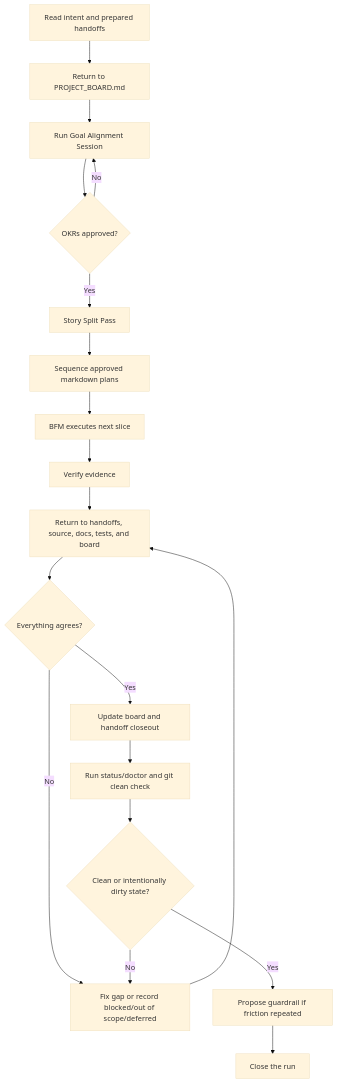
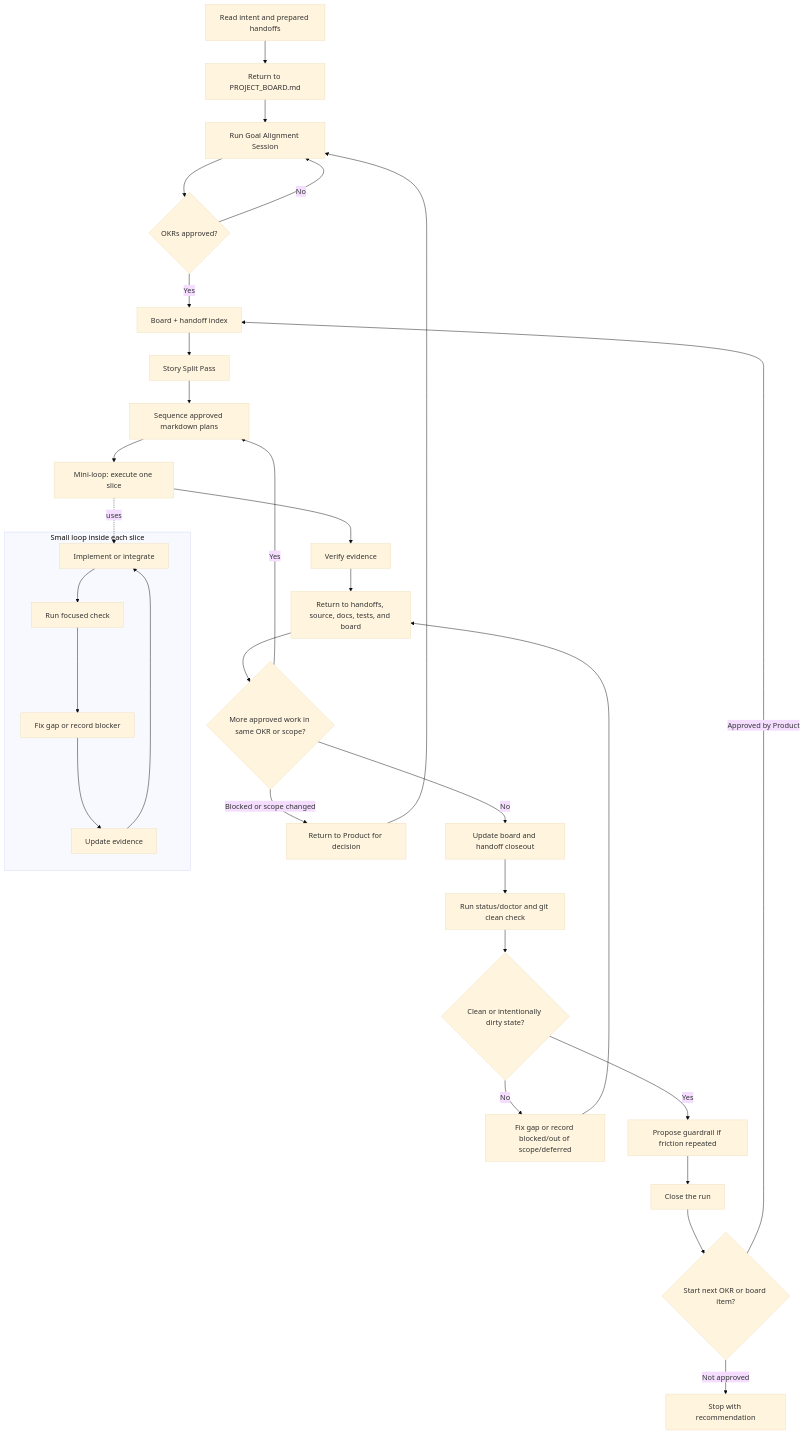
The diagram in docs/loop-engineering.md (friedbeef1/fb-lane-coordination), drawn with Mermaid (base theme) before and after one commit. The commit also changed other lines of this file and 3 other files, not shown here.

Commit message:
Clarify nested Product and slice loops

````diff
--- a/docs/loop-engineering.md
+++ b/docs/loop-engineering.md
@@ -80,21 +80,36 @@
 ```mermaid
 flowchart TD
     A["Read intent and prepared handoffs"] --> B["Return to PROJECT_BOARD.md"]
     B --> C["Run Goal Alignment Session"]
     C --> D{"OKRs approved?"}
     D -- "No" --> C
-    D -- "Yes" --> E["Story Split Pass"]
-    E --> F["Sequence approved markdown plans"]
-    F --> G["BFM executes next slice"]
-    G --> H["Verify evidence"]
-    H --> I["Return to handoffs, source, docs, tests, and board"]
-    I --> J{"Everything agrees?"}
-    J -- "No" --> K["Fix gap or record blocked/out of scope/deferred"]
-    K --> I
-    J -- "Yes" --> L["Update board and handoff closeout"]
-    L --> M["Run status/doctor and git clean check"]
-    M --> N{"Clean or intentionally dirty state?"}
-    N -- "No" --> K
-    N -- "Yes" --> O["Propose guardrail if friction repeated"]
-    O --> P["Close the run"]
+    D -- "Yes" --> E["Board + handoff index"]
+    E --> F["Story Split Pass"]
+    F --> G["Sequence approved markdown plans"]
+    G --> H["Mini-loop: execute one slice"]
+    H --> I["Verify evidence"]
+    I --> J["Return to handoffs, source, docs, tests, and board"]
+    J --> K{"More approved work in same OKR or scope?"}
+    K -- "Yes" --> G
+    K -- "Blocked or scope changed" --> L["Return to Product for decision"]
+    L --> C
+    K -- "No" --> M["Update board and handoff closeout"]
+    M --> N["Run status/doctor and git clean check"]
+    N --> O{"Clean or intentionally dirty state?"}
+    O -- "No" --> P["Fix gap or record blocked/out of scope/deferred"]
+    P --> J
+    O -- "Yes" --> Q["Propose guardrail if friction repeated"]
+    Q --> R["Close the run"]
+    R --> S{"Start next OKR or board item?"}
+    S -- "Approved by Product" --> E
+    S -- "Not approved" --> T["Stop with recommendation"]
+
+    subgraph SliceLoop["Small loop inside each slice"]
+        SL1["Implement or integrate"] --> SL2["Run focused check"]
+        SL2 --> SL3["Fix gap or record blocker"]
+        SL3 --> SL4["Update evidence"]
+        SL4 --> SL1
+    end
+
+    H -. "uses" .-> SL1
 ```
````
